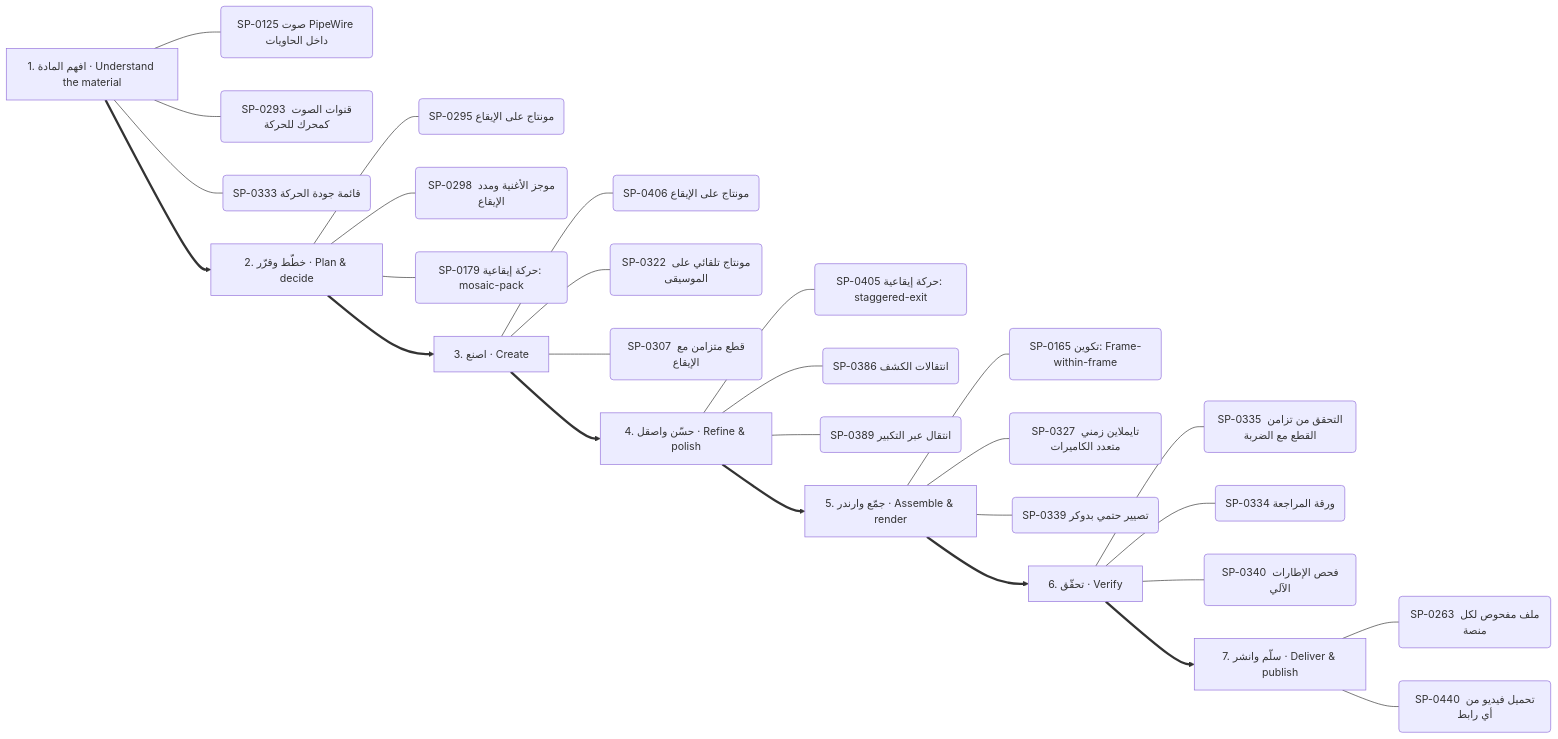
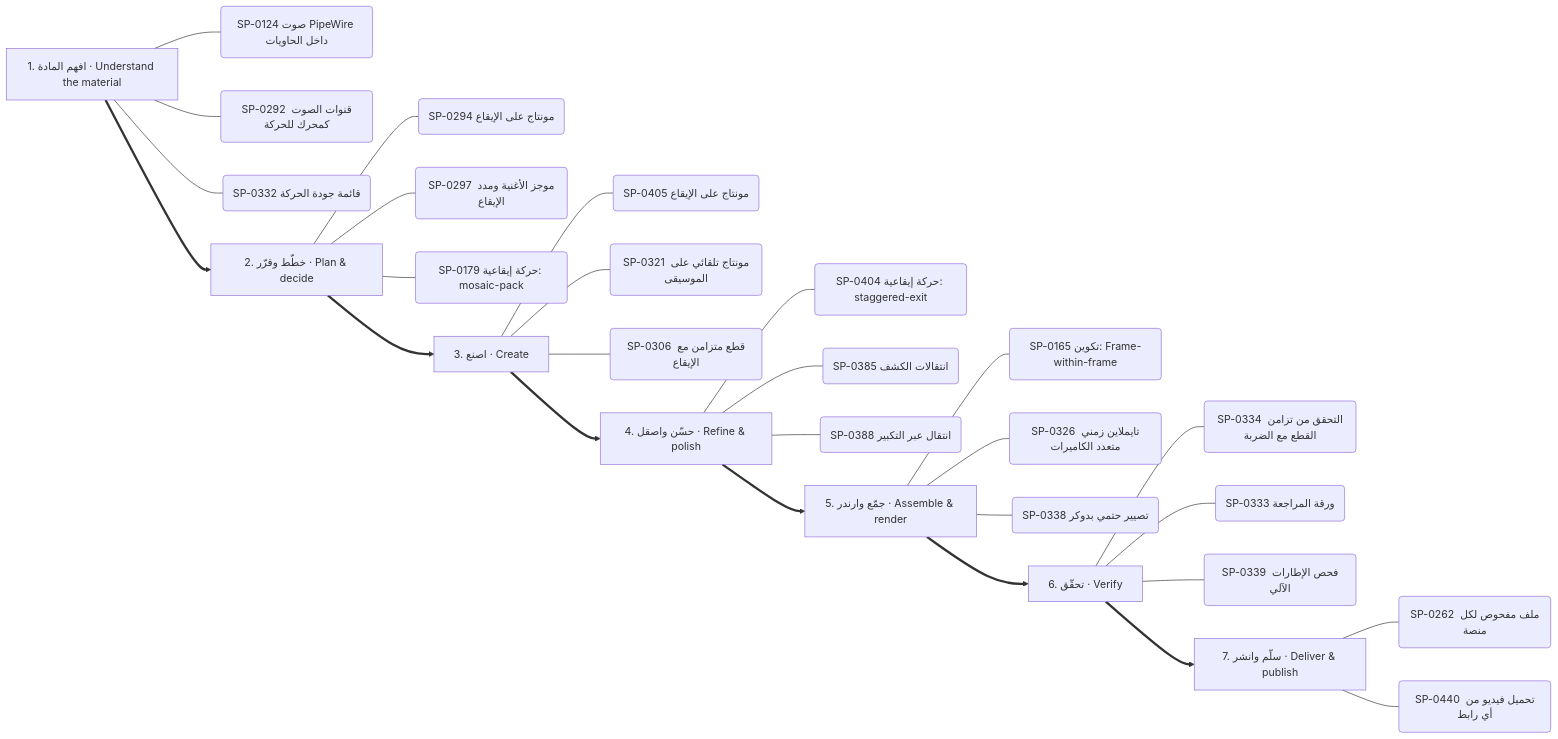
One commit to kosif199022-jpg/kosif-tool changed the third of 13 diagrams in .claude/skills/kosif-superpowers/references/capability-mindmap.md. Above: the diagram before and after it, drawn with Mermaid. The commit also changed other lines of this file and 61 other files, not shown here.

````diff
--- a/.claude/skills/kosif-superpowers/references/capability-mindmap.md
+++ b/.claude/skills/kosif-superpowers/references/capability-mindmap.md
@@ -177,36 +178,36 @@
 ```mermaid
 flowchart LR
   S0["1. افهم المادة · Understand the material"]
-  S0 --- S0_0("SP-0125 صوت PipeWire داخل الحاويات")
-  S0 --- S0_1("SP-0293 قنوات الصوت كمحرك للحركة")
-  S0 --- S0_2("SP-0333 قائمة جودة الحركة")
+  S0 --- S0_0("SP-0124 صوت PipeWire داخل الحاويات")
+  S0 --- S0_1("SP-0292 قنوات الصوت كمحرك للحركة")
+  S0 --- S0_2("SP-0332 قائمة جودة الحركة")
   S1["2. خطّط وقرّر · Plan & decide"]
-  S1 --- S1_0("SP-0295 مونتاج على الإيقاع")
-  S1 --- S1_1("SP-0298 موجز الأغنية ومدد الإيقاع")
+  S1 --- S1_0("SP-0294 مونتاج على الإيقاع")
+  S1 --- S1_1("SP-0297 موجز الأغنية ومدد الإيقاع")
   S1 --- S1_2("SP-0179 حركة إيقاعية: mosaic-pack")
   S0 ==> S1
   S2["3. اصنع · Create"]
-  S2 --- S2_0("SP-0406 مونتاج على الإيقاع")
-  S2 --- S2_1("SP-0322 مونتاج تلقائي على الموسيقى")
-  S2 --- S2_2("SP-0307 قطع متزامن مع الإيقاع")
+  S2 --- S2_0("SP-0405 مونتاج على الإيقاع")
+  S2 --- S2_1("SP-0321 مونتاج تلقائي على الموسيقى")
+  S2 --- S2_2("SP-0306 قطع متزامن مع الإيقاع")
   S1 ==> S2
   S3["4. حسّن واصقل · Refine & polish"]
-  S3 --- S3_0("SP-0405 حركة إيقاعية: staggered-exit")
-  S3 --- S3_1("SP-0386 انتقالات الكشف")
-  S3 --- S3_2("SP-0389 انتقال عبر التكبير")
+  S3 --- S3_0("SP-0404 حركة إيقاعية: staggered-exit")
+  S3 --- S3_1("SP-0385 انتقالات الكشف")
+  S3 --- S3_2("SP-0388 انتقال عبر التكبير")
   S2 ==> S3
   S4["5. جمّع وارندر · Assemble & render"]
   S4 --- S4_0("SP-0165 تكوين: Frame-within-frame")
-  S4 --- S4_1("SP-0327 تايملاين زمني متعدد الكاميرات")
-  S4 --- S4_2("SP-0339 تصيير حتمي بدوكر")
+  S4 --- S4_1("SP-0326 تايملاين زمني متعدد الكاميرات")
+  S4 --- S4_2("SP-0338 تصيير حتمي بدوكر")
   S3 ==> S4
   S5["6. تحقّق · Verify"]
-  S5 --- S5_0("SP-0335 التحقق من تزامن القطع مع الضربة")
-  S5 --- S5_1("SP-0334 ورقة المراجعة")
-  S5 --- S5_2("SP-0340 فحص الإطارات الآلي")
+  S5 --- S5_0("SP-0334 التحقق من تزامن القطع مع الضربة")
+  S5 --- S5_1("SP-0333 ورقة المراجعة")
+  S5 --- S5_2("SP-0339 فحص الإطارات الآلي")
   S4 ==> S5
   S6["7. سلّم وانشر · Deliver & publish"]
-  S6 --- S6_0("SP-0263 ملف مفحوص لكل منصة")
+  S6 --- S6_0("SP-0262 ملف مفحوص لكل منصة")
   S6 --- S6_1("SP-0440 تحميل فيديو من أي رابط")
   S5 ==> S6
 ```
````
